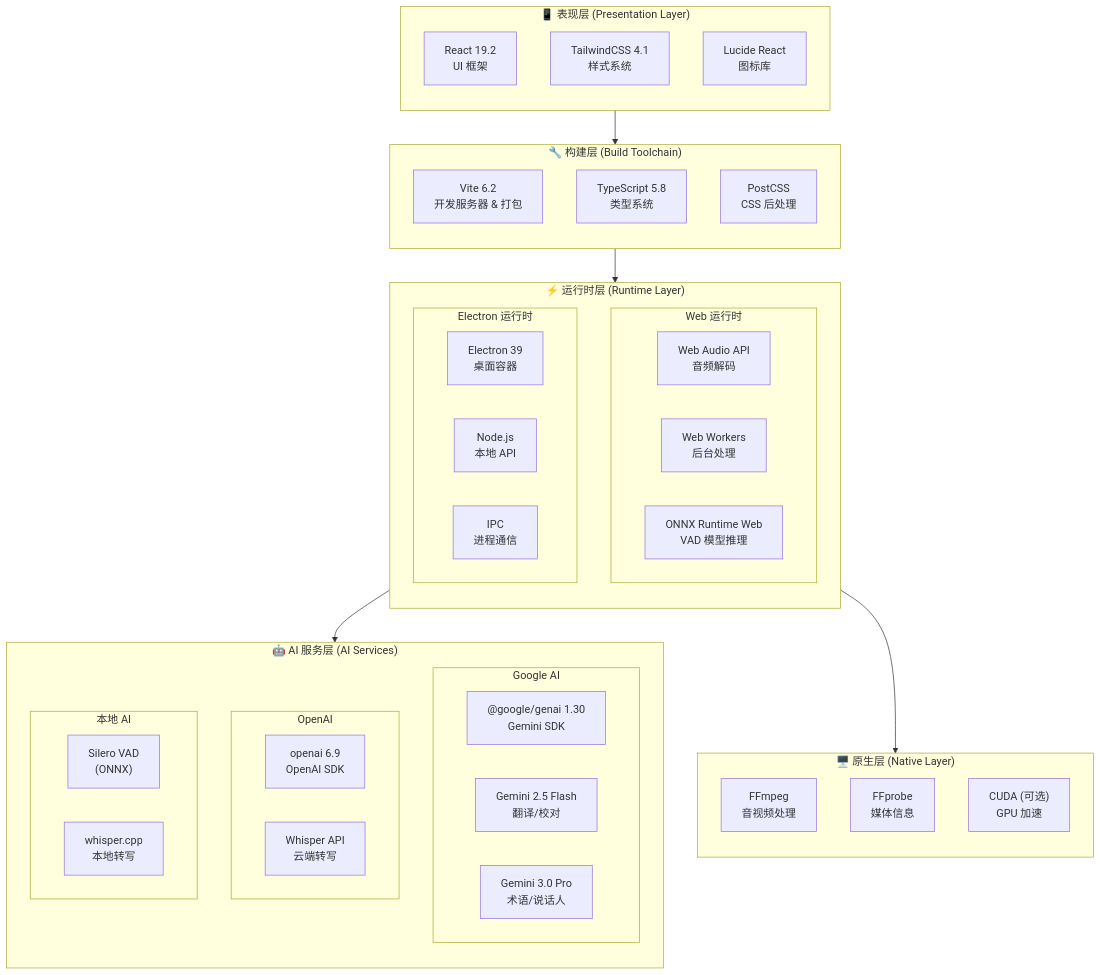
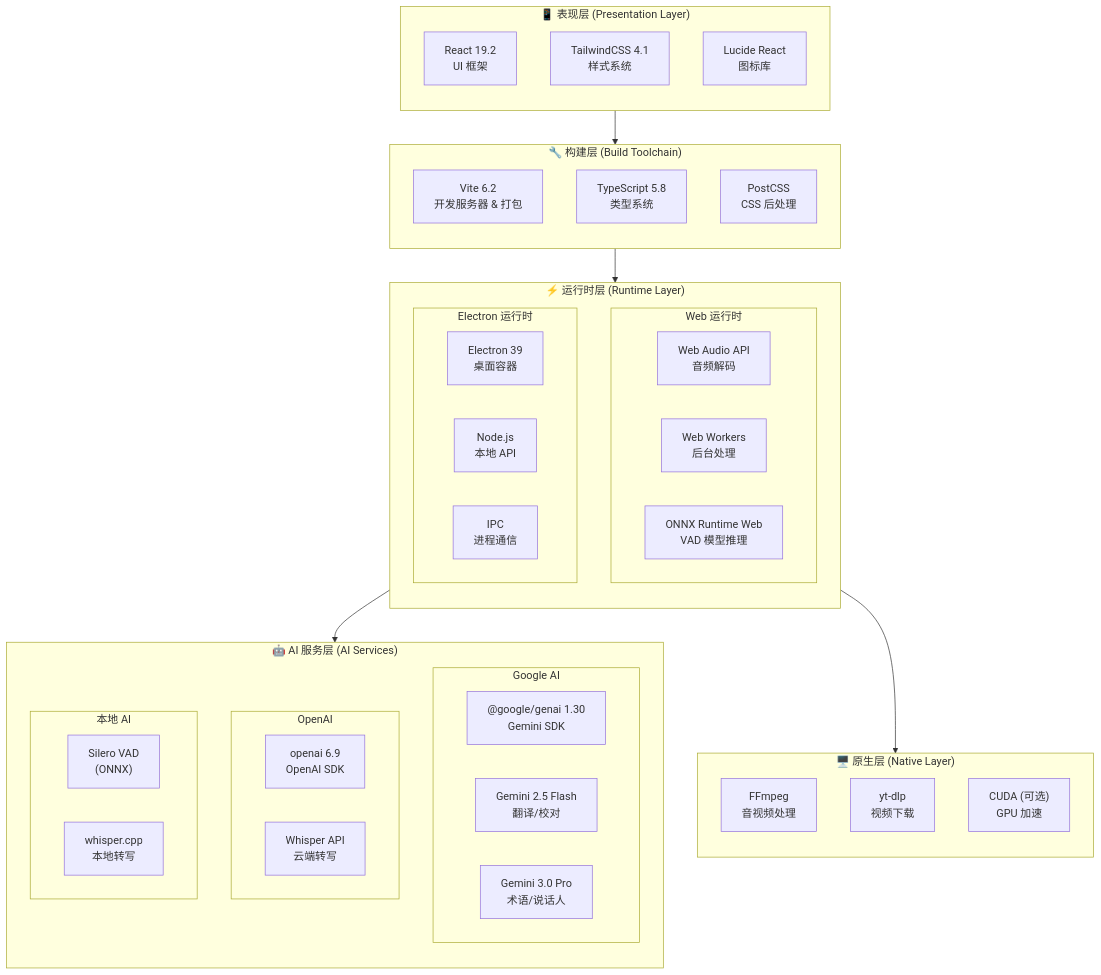
Before and after one commit to corvo007/Gemini-Subtitle-Pro: the first of 13 diagrams in docs/ARCHITECTURE.md, drawn with Mermaid. The commit also changed other lines of this file and 40 other files, not shown here.

````diff
--- a/docs/ARCHITECTURE.md
+++ b/docs/ARCHITECTURE.md
@@ -17,64 +17,64 @@
 ```mermaid
 flowchart TB
     subgraph PRESENTATION["📱 表现层 (Presentation Layer)"]
         direction TB
         REACT["React 19.2<br/>UI 框架"]
         TAILWIND["TailwindCSS 4.1<br/>样式系统"]
         LUCIDE["Lucide React<br/>图标库"]
     end
 
     subgraph BUILD["🔧 构建层 (Build Toolchain)"]
         direction TB
         VITE["Vite 6.2<br/>开发服务器 & 打包"]
         TS["TypeScript 5.8<br/>类型系统"]
         POSTCSS["PostCSS<br/>CSS 后处理"]
     end
 
     subgraph RUNTIME["⚡ 运行时层 (Runtime Layer)"]
         direction TB
         
         subgraph WEB["Web 运行时"]
             WEB_AUDIO["Web Audio API<br/>音频解码"]
             WEB_WORKER["Web Workers<br/>后台处理"]
             ONNX["ONNX Runtime Web<br/>VAD 模型推理"]
         end
         
         subgraph ELECTRON_RT["Electron 运行时"]
             ELECTRON["Electron 39<br/>桌面容器"]
             NODE["Node.js<br/>本地 API"]
             IPC["IPC<br/>进程通信"]
         end
     end
 
     subgraph AI["🤖 AI 服务层 (AI Services)"]
         direction TB
         
         subgraph GOOGLE["Google AI"]
             GEMINI_SDK["@google/genai 1.30<br/>Gemini SDK"]
             FLASH["Gemini 2.5 Flash<br/>翻译/校对"]
             PRO["Gemini 3.0 Pro<br/>术语/说话人"]
         end
         
         subgraph OPENAI_SVC["OpenAI"]
             OPENAI_SDK["openai 6.9<br/>OpenAI SDK"]
             WHISPER_API["Whisper API<br/>云端转写"]
         end
         
         subgraph LOCAL_AI["本地 AI"]
             VAD["Silero VAD<br/>(ONNX)"]
             WHISPER_CPP["whisper.cpp<br/>本地转写"]
         end
     end
 
     subgraph NATIVE["🖥️ 原生层 (Native Layer)"]
         direction TB
         FFMPEG_BIN["FFmpeg<br/>音视频处理"]
-        FFPROBE["FFprobe<br/>媒体信息"]
+        YT_DLP["yt-dlp<br/>视频下载"]
         CUDA["CUDA (可选)<br/>GPU 加速"]
     end
 
     PRESENTATION --> BUILD
     BUILD --> RUNTIME
     RUNTIME --> AI
     ELECTRON_RT --> NATIVE
 ```
````
